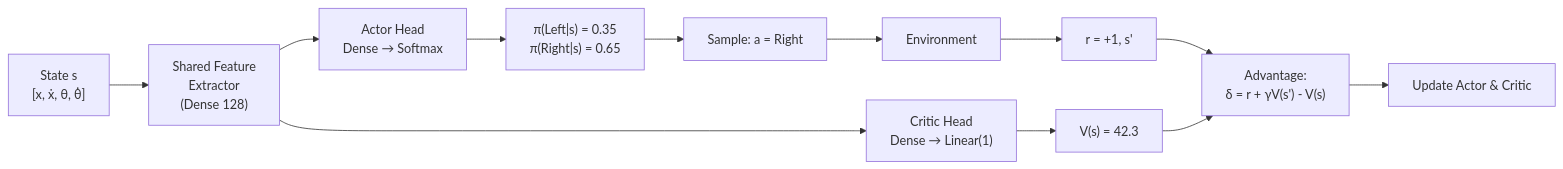
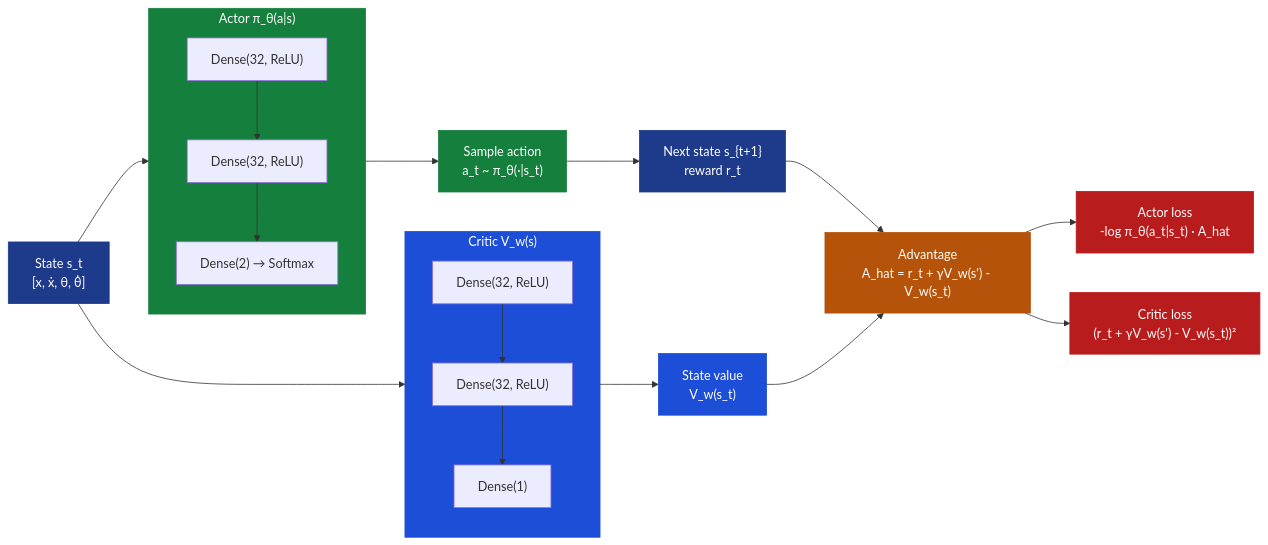
The third of 3 diagrams in notes/01-ml/06_reinforcement_learning/ch05_policy_gradients/README.md (deepakshamsft/ai-portfolio), drawn with Mermaid before and after one commit. The commit also changed other lines of this file and 727 other files, not shown here.

````diff
--- a/notes/01-ml/06_reinforcement_learning/ch05_policy_gradients/README.md
+++ b/notes/01-ml/06_reinforcement_learning/ch05_policy_gradients/README.md
@@ -301,17 +481,50 @@
 ```mermaid
 flowchart LR
-    S["State s<br/>[x, ẋ, θ, θ̇]"] --> SHARED["Shared Feature<br/>Extractor<br/>(Dense 128)"]
-    
-    SHARED --> ACTOR["Actor Head<br/>Dense → Softmax"]
-    SHARED --> CRITIC["Critic Head<br/>Dense → Linear(1)"]
-    
-    ACTOR --> PROBS["π(Left|s) = 0.35<br/>π(Right|s) = 0.65"]
-    CRITIC --> VALUE["V(s) = 42.3"]
-    
-    PROBS --> ACTION["Sample: a = Right"]
-    ACTION --> ENV["Environment"]
-    ENV --> REWARD["r = +1, s'"]
-    REWARD --> ADV["Advantage:<br/>δ = r + γV(s') - V(s)"]
-    VALUE --> ADV
-    ADV --> UPDATE["Update Actor & Critic"]
+    STATE["State s_t\n[x, ẋ, θ, θ̇]"]
+
+    subgraph ACTOR["Actor  π_θ(a|s)"]
+        direction TB
+        A1["Dense(32, ReLU)"]
+        A2["Dense(32, ReLU)"]
+        A3["Dense(2) → Softmax"]
+        A1 --> A2 --> A3
+    end
+
+    subgraph CRITIC["Critic  V_w(s)"]
+        direction TB
+        C1["Dense(32, ReLU)"]
+        C2["Dense(32, ReLU)"]
+        C3["Dense(1)"]
+        C1 --> C2 --> C3
+    end
+
+    STATE --> ACTOR
+    STATE --> CRITIC
+
+    ACT["Sample action\na_t ~ π_θ(·|s_t)"]
+    VAL["State value\nV_w(s_t)"]
+    NEXT["Next state s_{t+1}\nreward r_t"]
+    ADV["Advantage\nA_hat = r_t + γV_w(s') - V_w(s_t)"]
+
+    ACTOR --> ACT
+    CRITIC --> VAL
+    ACT --> NEXT
+    NEXT --> ADV
+    VAL --> ADV
+
+    ALOSS["Actor loss\n-log π_θ(a_t|s_t) · A_hat"]
+    CLOSS["Critic loss\n(r_t + γV_w(s') - V_w(s_t))²"]
+
+    ADV --> ALOSS
+    ADV --> CLOSS
+
+    style STATE fill:#1e3a8a,color:#fff,stroke:#1e3a8a
+    style ACTOR fill:#15803d,color:#fff,stroke:#15803d
+    style CRITIC fill:#1d4ed8,color:#fff,stroke:#1d4ed8
+    style ACT fill:#15803d,color:#fff,stroke:#15803d
+    style VAL fill:#1d4ed8,color:#fff,stroke:#1d4ed8
+    style ADV fill:#b45309,color:#fff,stroke:#b45309
+    style ALOSS fill:#b91c1c,color:#fff,stroke:#b91c1c
+    style CLOSS fill:#b91c1c,color:#fff,stroke:#b91c1c
+    style NEXT fill:#1e3a8a,color:#fff,stroke:#1e3a8a
 ```
````
